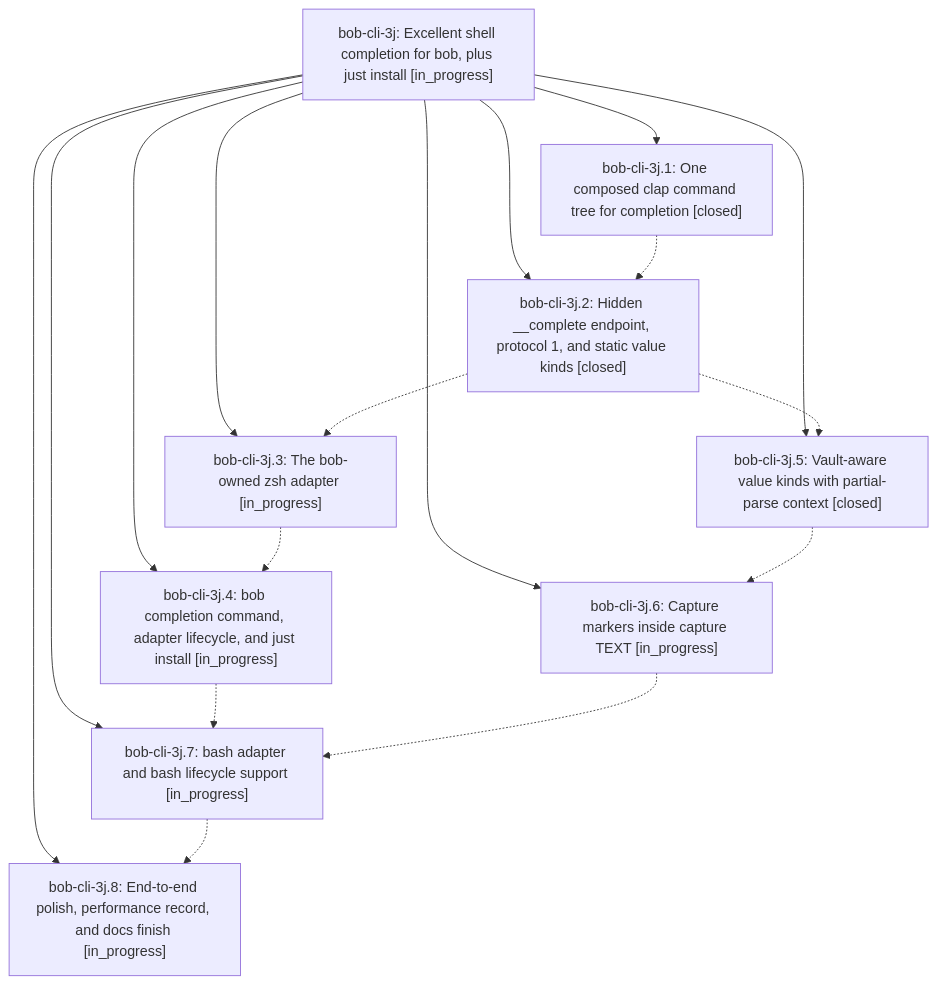
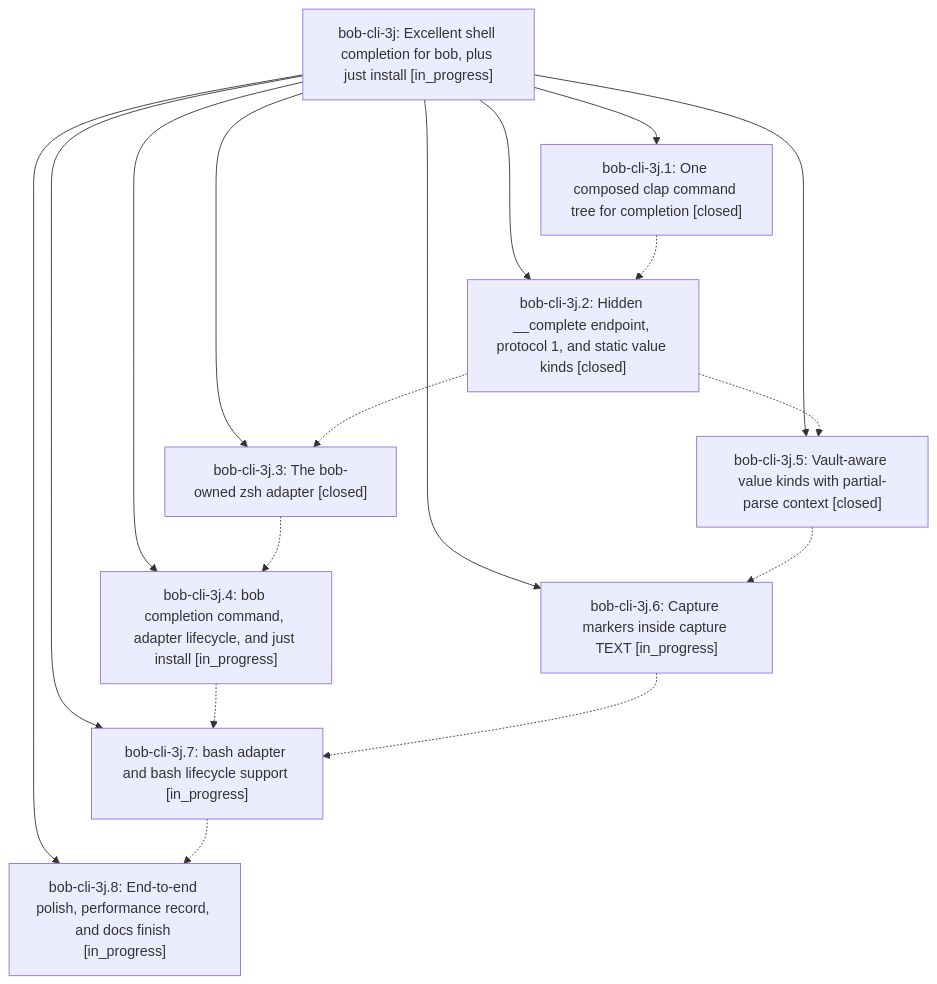
The diagram in pages/bob-cli-3j/README.md (bobs-org/bob-cli--beads), drawn with Mermaid before and after one commit. The commit also changed other lines of this file and 3 other files, not shown here.

First line of the commit message:
chore(beads): sync bead state and pages for bob-cli-3j

````diff
--- a/pages/bob-cli-3j/README.md
+++ b/pages/bob-cli-3j/README.md
@@ -29,28 +29,28 @@
 ```mermaid
 flowchart TD
     n0["bob-cli-3j: Excellent shell completion for bob, plus just install [in_progress]"]
     n1["bob-cli-3j.1: One composed clap command tree for completion [closed]"]
     n2["bob-cli-3j.2: Hidden __complete endpoint, protocol 1, and static value kinds [closed]"]
-    n3["bob-cli-3j.3: The bob-owned zsh adapter [in_progress]"]
+    n3["bob-cli-3j.3: The bob-owned zsh adapter [closed]"]
     n4["bob-cli-3j.4: bob completion command, adapter lifecycle, and just install [in_progress]"]
     n5["bob-cli-3j.5: Vault-aware value kinds with partial-parse context [closed]"]
     n6["bob-cli-3j.6: Capture markers inside capture TEXT [in_progress]"]
     n7["bob-cli-3j.7: bash adapter and bash lifecycle support [in_progress]"]
     n8["bob-cli-3j.8: End-to-end polish, performance record, and docs finish [in_progress]"]
     n0 --> n1
     n0 --> n2
     n0 --> n3
     n0 --> n4
     n0 --> n5
     n0 --> n6
     n0 --> n7
     n0 --> n8
     n1 -.-> n2
     n2 -.-> n3
     n2 -.-> n5
     n3 -.-> n4
     n4 -.-> n7
     n5 -.-> n6
     n6 -.-> n7
     n7 -.-> n8
 ```
````
